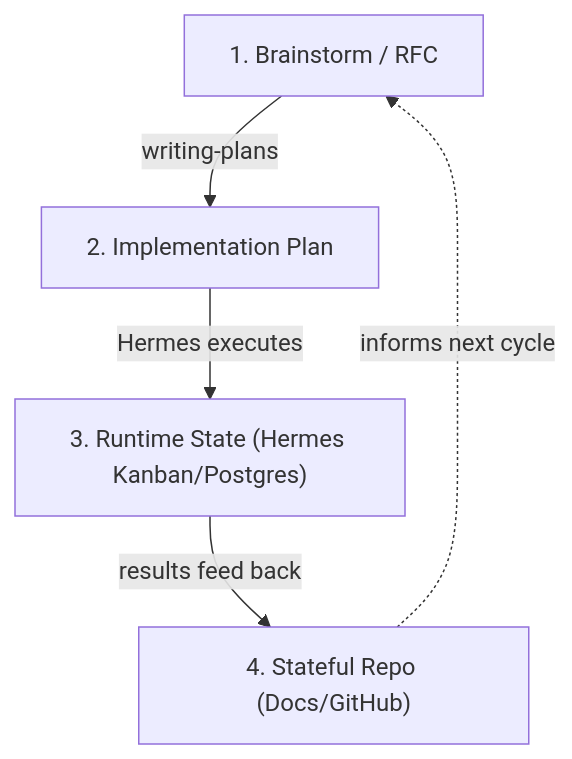
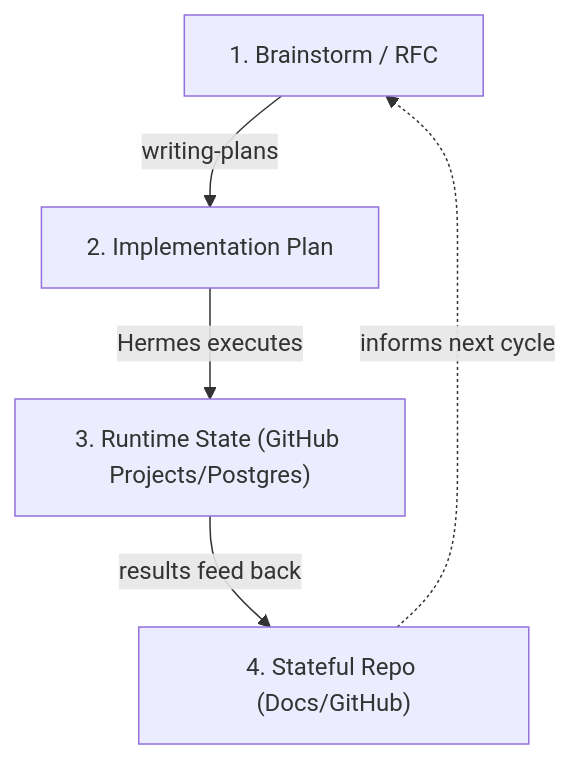
The second of 2 diagrams in docs/PRD.md (thangvq95/thangvq-digital-hub), drawn with Mermaid before and after one commit. The commit also changed other lines of this file and 10 other files, not shown here.

First line of the commit message:
Move task tracking to GitHub Projects; infra updates

````diff
--- a/docs/PRD.md
+++ b/docs/PRD.md
@@ -169,7 +169,7 @@
 ```mermaid
 graph TB
     L1["1. Brainstorm / RFC"] -->|writing-plans| L2["2. Implementation Plan"]
-    L2 -->|Hermes executes| L3["3. Runtime State (Hermes Kanban/Postgres)"]
+    L2 -->|Hermes executes| L3["3. Runtime State (GitHub Projects/Postgres)"]
     L3 -->|results feed back| L4["4. Stateful Repo (Docs/GitHub)"]
     L4 -.->|informs next cycle| L1
 ```
````
